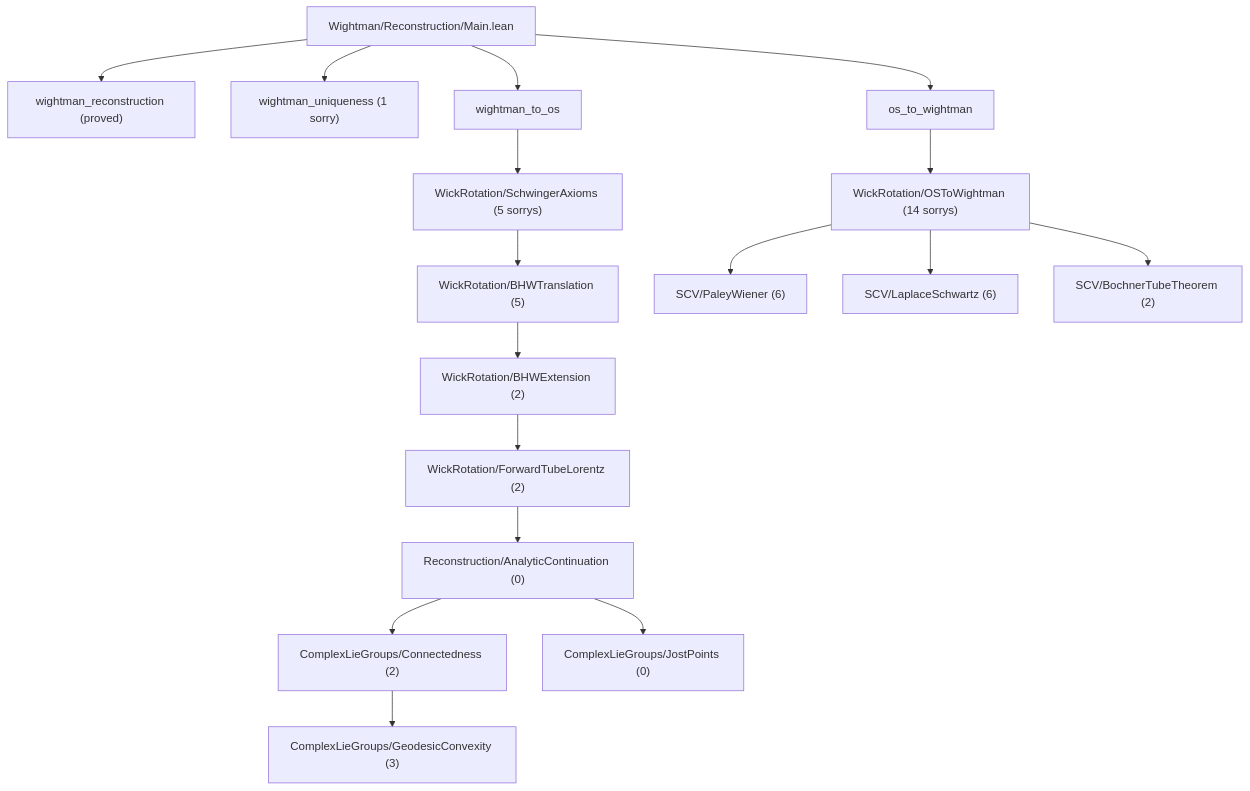
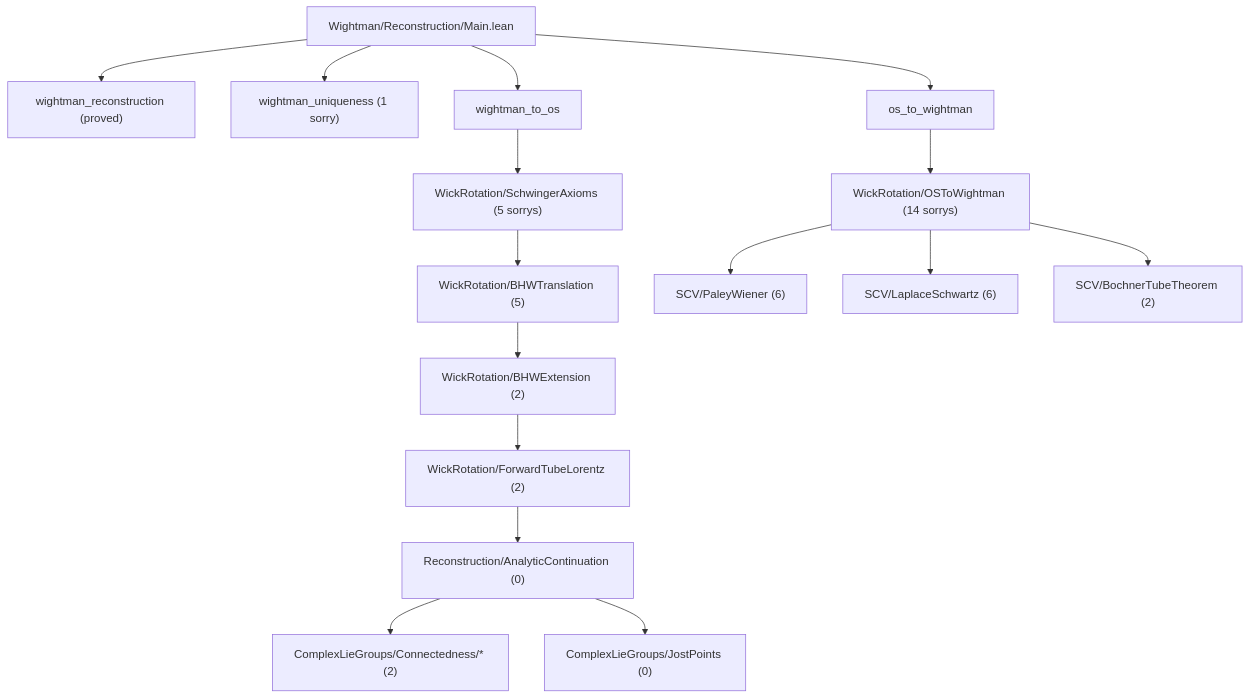
The diagram in README.md (mrdouglasny/OSreconstruction-1), drawn with Mermaid before and after one commit. The commit also changed other lines of this file and 31 other files, not shown here.

````diff
--- a/README.md
+++ b/README.md
@@ -56,22 +56,21 @@
 ```mermaid
 flowchart TD
   M["Wightman/Reconstruction/Main.lean"]
   M --> WR["wightman_reconstruction (proved)"]
   M --> WU["wightman_uniqueness (1 sorry)"]
   M --> RE["wightman_to_os"]
   M --> ER["os_to_wightman"]
 
   RE --> SA["WickRotation/SchwingerAxioms (5 sorrys)"]
   SA --> BT["WickRotation/BHWTranslation (5)"]
   BT --> BE["WickRotation/BHWExtension (2)"]
   BE --> FL["WickRotation/ForwardTubeLorentz (2)"]
   FL --> AC["Reconstruction/AnalyticContinuation (0)"]
-  AC --> CL["ComplexLieGroups/Connectedness (2)"]
-  CL --> GC["ComplexLieGroups/GeodesicConvexity (3)"]
+  AC --> CL["ComplexLieGroups/Connectedness/* (2)"]
   AC --> JP["ComplexLieGroups/JostPoints (0)"]
 
   ER --> OW["WickRotation/OSToWightman (14 sorrys)"]
   OW --> PW["SCV/PaleyWiener (6)"]
   OW --> LS["SCV/LaplaceSchwartz (6)"]
   OW --> BO["SCV/BochnerTubeTheorem (2)"]
 ```
````
